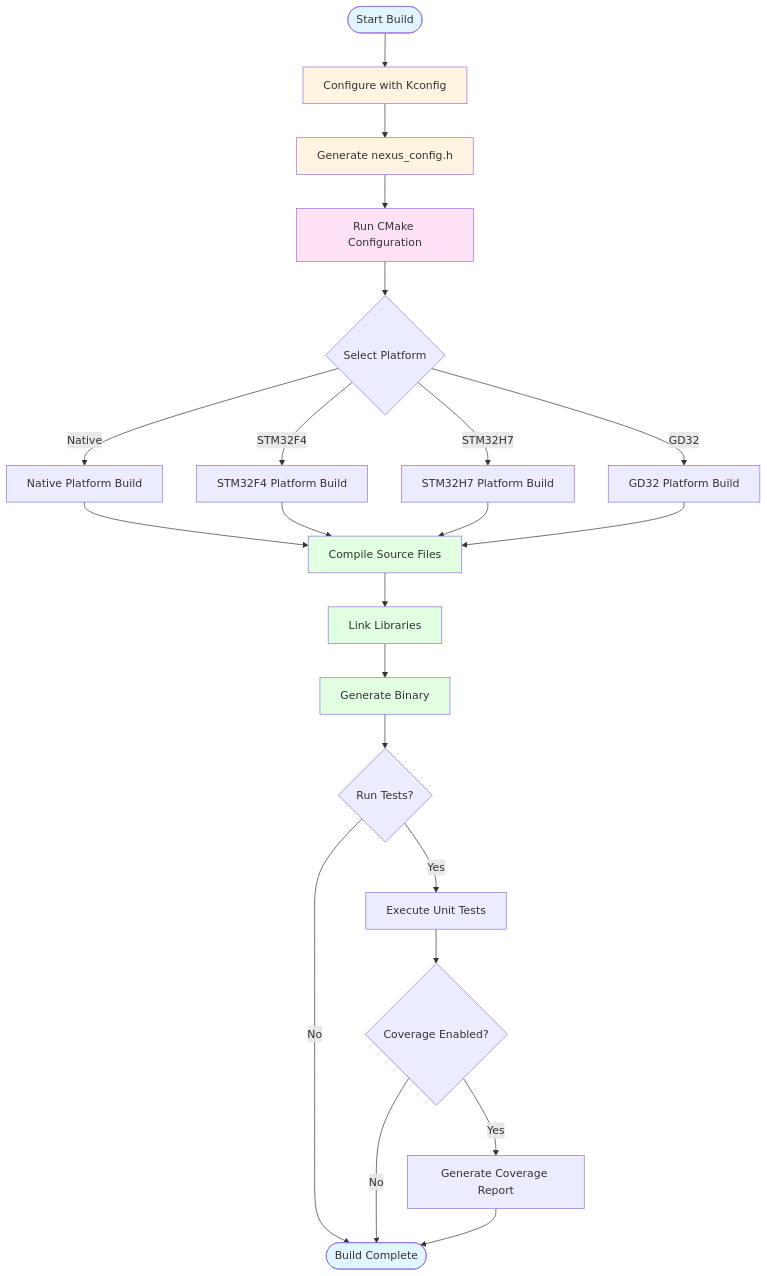
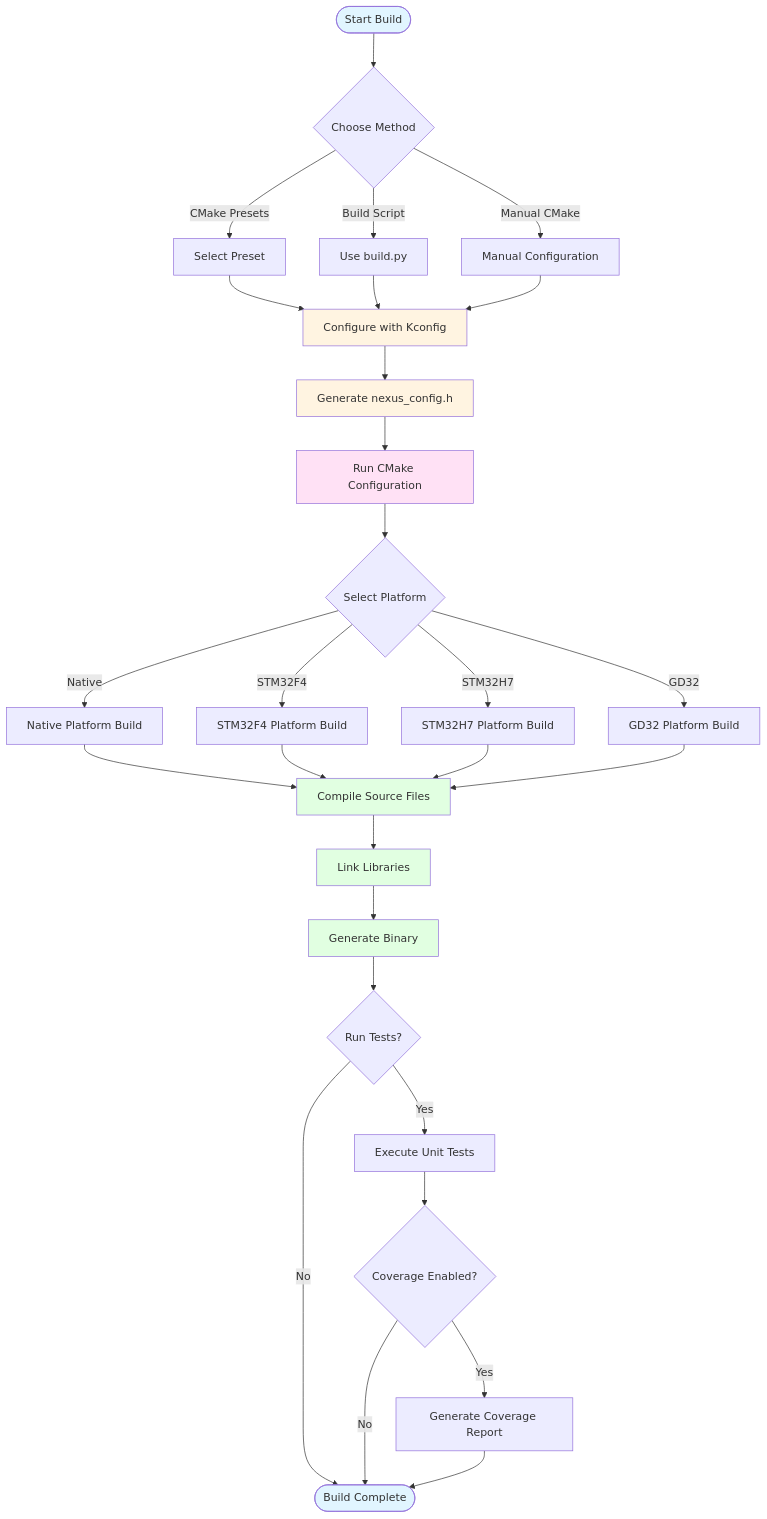
One commit to X-Gen-Lab/nexus changed the diagram in docs/sphinx/user_guide/build_system.rst. Above: the diagram before and after it, drawn with Mermaid. The commit also changed other lines of this file and 3 other files, not shown here.

```diff
--- a/docs/sphinx/user_guide/build_system.rst
+++ b/docs/sphinx/user_guide/build_system.rst
@@ -37,39 +59,48 @@
 .. mermaid::
    :alt: Build workflow showing the process from Kconfig configuration through CMake to final binary
 
    flowchart TD
-       START([Start Build]) --> KCONFIG[Configure with Kconfig]
+       START([Start Build]) --> PRESET{Choose Method}
+
+       PRESET -->|CMake Presets| SELECTPRESET[Select Preset]
+       PRESET -->|Build Script| BUILDSCRIPT[Use build.py]
+       PRESET -->|Manual CMake| MANUAL[Manual Configuration]
+
+       SELECTPRESET --> KCONFIG[Configure with Kconfig]
+       BUILDSCRIPT --> KCONFIG
+       MANUAL --> KCONFIG
+
        KCONFIG --> GENCONFIG[Generate nexus_config.h]
        GENCONFIG --> CMAKE[Run CMake Configuration]
        CMAKE --> PLATFORM{Select Platform}
 
        PLATFORM -->|Native| NATIVE[Native Platform Build]
        PLATFORM -->|STM32F4| STM32F4[STM32F4 Platform Build]
        PLATFORM -->|STM32H7| STM32H7[STM32H7 Platform Build]
        PLATFORM -->|GD32| GD32[GD32 Platform Build]
 
        NATIVE --> COMPILE[Compile Source Files]
        STM32F4 --> COMPILE
        STM32H7 --> COMPILE
        GD32 --> COMPILE
 
        COMPILE --> LINK[Link Libraries]
        LINK --> BINARY[Generate Binary]
        BINARY --> TEST{Run Tests?}
 
        TEST -->|Yes| RUNTESTS[Execute Unit Tests]
        TEST -->|No| DONE([Build Complete])
        RUNTESTS --> COVERAGE{Coverage Enabled?}
 
        COVERAGE -->|Yes| GENCOV[Generate Coverage Report]
        COVERAGE -->|No| DONE
        GENCOV --> DONE
 
        style START fill:#e1f5ff
        style KCONFIG fill:#fff4e1
        style GENCONFIG fill:#fff4e1
        style CMAKE fill:#ffe1f5
        style COMPILE fill:#e1ffe1
        style LINK fill:#e1ffe1
        style BINARY fill:#e1ffe1
        style DONE fill:#e1f5ff
```
